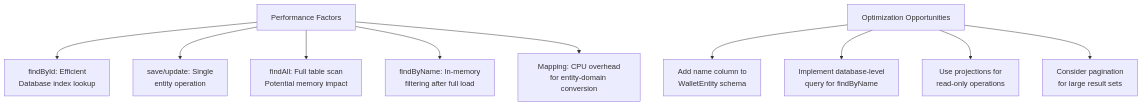
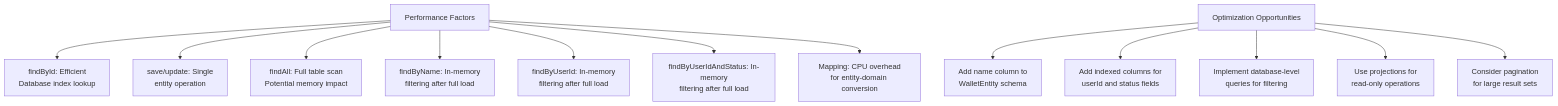
Before and after one commit to italoag/wallet: the ninth of 10 diagrams in .qoder/repowiki/en/content/Persistence Layer/Repository Pattern Implementation.md, drawn with Mermaid. The commit also changed other lines of this file and 11 other files, not shown here.

````diff
--- a/.qoder/repowiki/en/content/Persistence Layer/Repository Pattern Implementation.md
+++ b/.qoder/repowiki/en/content/Persistence Layer/Repository Pattern Implementation.md
@@ -263,12 +274,15 @@
 ```mermaid
 graph TD
 A[Performance Factors] --> B[findById: Efficient<br/>Database index lookup]
 A --> C[save/update: Single<br/>entity operation]
 A --> D[findAll: Full table scan<br/>Potential memory impact]
 A --> E[findByName: In-memory<br/>filtering after full load]
-A --> F[Mapping: CPU overhead<br/>for entity-domain conversion]
-G[Optimization Opportunities] --> H[Add name column to<br/>WalletEntity schema]
-G --> I[Implement database-level<br/>query for findByName]
-G --> J[Use projections for<br/>read-only operations]
-G --> K[Consider pagination<br/>for large result sets]
+A --> F[findByUserId: In-memory<br/>filtering after full load]
+A --> G[findByUserIdAndStatus: In-memory<br/>filtering after full load]
+A --> H[Mapping: CPU overhead<br/>for entity-domain conversion]
+I[Optimization Opportunities] --> J[Add name column to<br/>WalletEntity schema]
+I --> K[Add indexed columns for<br/>userId and status fields]
+I --> L[Implement database-level<br/>queries for filtering]
+I --> M[Use projections for<br/>read-only operations]
+I --> N[Consider pagination<br/>for large result sets]
 ```
````
